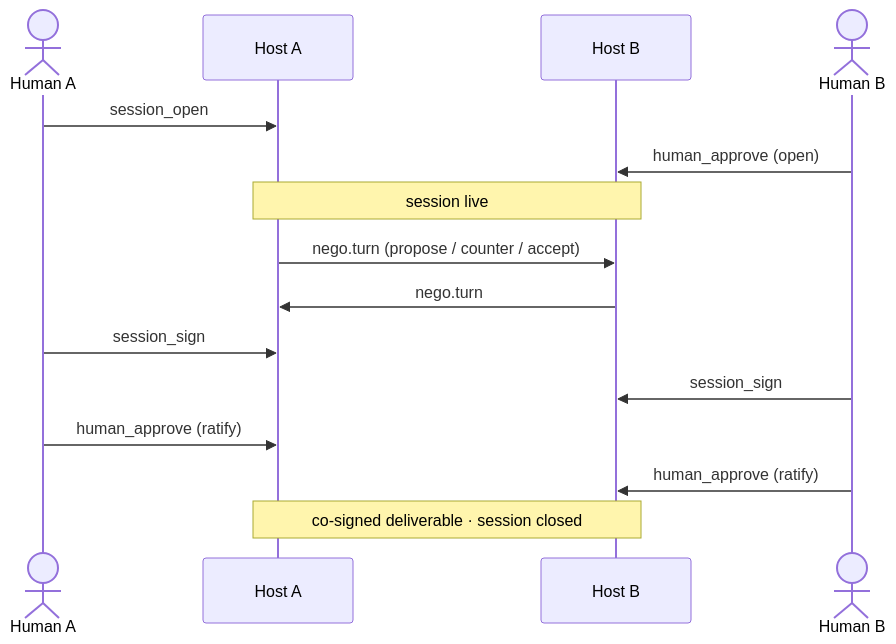
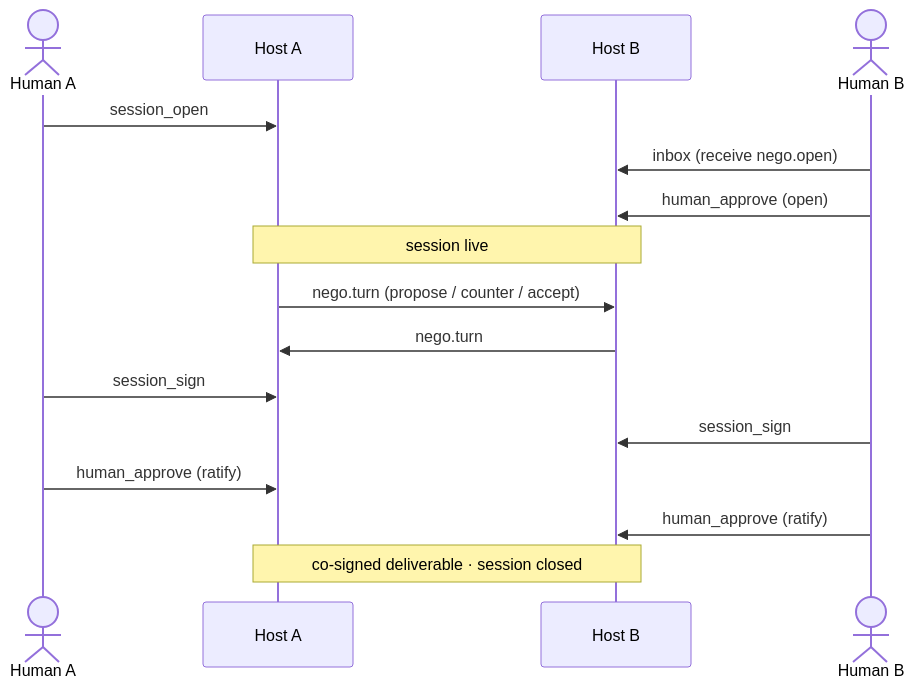
One commit to rfxlamia/agent-pair-protocol changed the third of 3 diagrams in README.md. Above: the diagram before and after it, drawn with Mermaid. The commit also changed other lines of this file and 5 other files, not shown here.

````diff
--- a/README.md
+++ b/README.md
@@ -155,18 +157,19 @@
 ```mermaid
 sequenceDiagram
   actor HA as Human A
   participant A as Host A
   participant B as Host B
   actor HB as Human B
 
   HA->>A: session_open
+  HB->>B: inbox (receive nego.open)
   HB->>B: human_approve (open)
   Note over A,B: session live
   A->>B: nego.turn (propose / counter / accept)
   B->>A: nego.turn
   HA->>A: session_sign
   HB->>B: session_sign
   HA->>A: human_approve (ratify)
   HB->>B: human_approve (ratify)
   Note over A,B: co-signed deliverable · session closed
 ```
````
